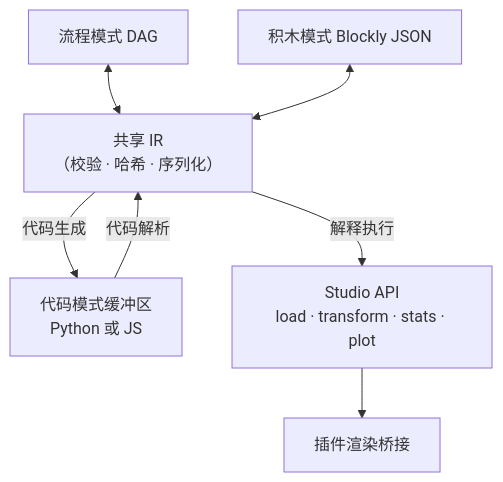
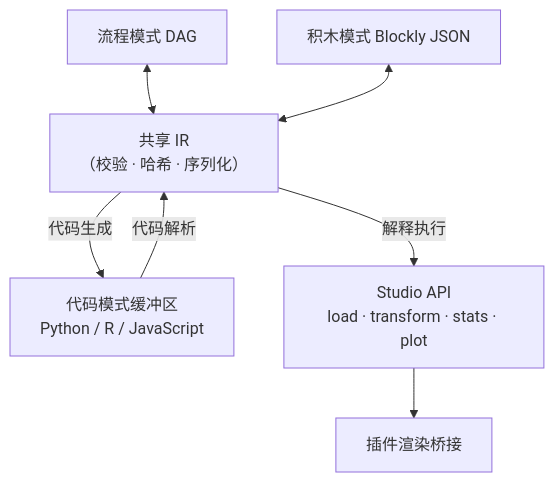
One commit to SnowLeopard-io/ErgalicsStudio changed the second of 2 diagrams in docs/technical/04-四大工作模式.md. Above: the diagram before and after it, drawn with Mermaid. The commit also changed other lines of this file and 46 other files, not shown here.

````diff
--- a/docs/technical/04-四大工作模式.md
+++ b/docs/technical/04-四大工作模式.md
@@ -133,10 +157,10 @@
 ```mermaid
 flowchart TD
     IR["共享 IR<br/>（校验 · 哈希 · 序列化）"]
     FL["流程模式 DAG"] <--> IR
     BL["积木模式 Blockly JSON"] <--> IR
-    CD["代码模式缓冲区<br/>Python 或 JS"] -- 代码解析 --> IR
+    CD["代码模式缓冲区<br/>Python / R / JavaScript"] -- 代码解析 --> IR
     IR -- 代码生成 --> CD
     IR -- 解释执行 --> SA["Studio API<br/>load · transform · stats · plot"]
     SA --> RB["插件渲染桥接"]
 ```
````
